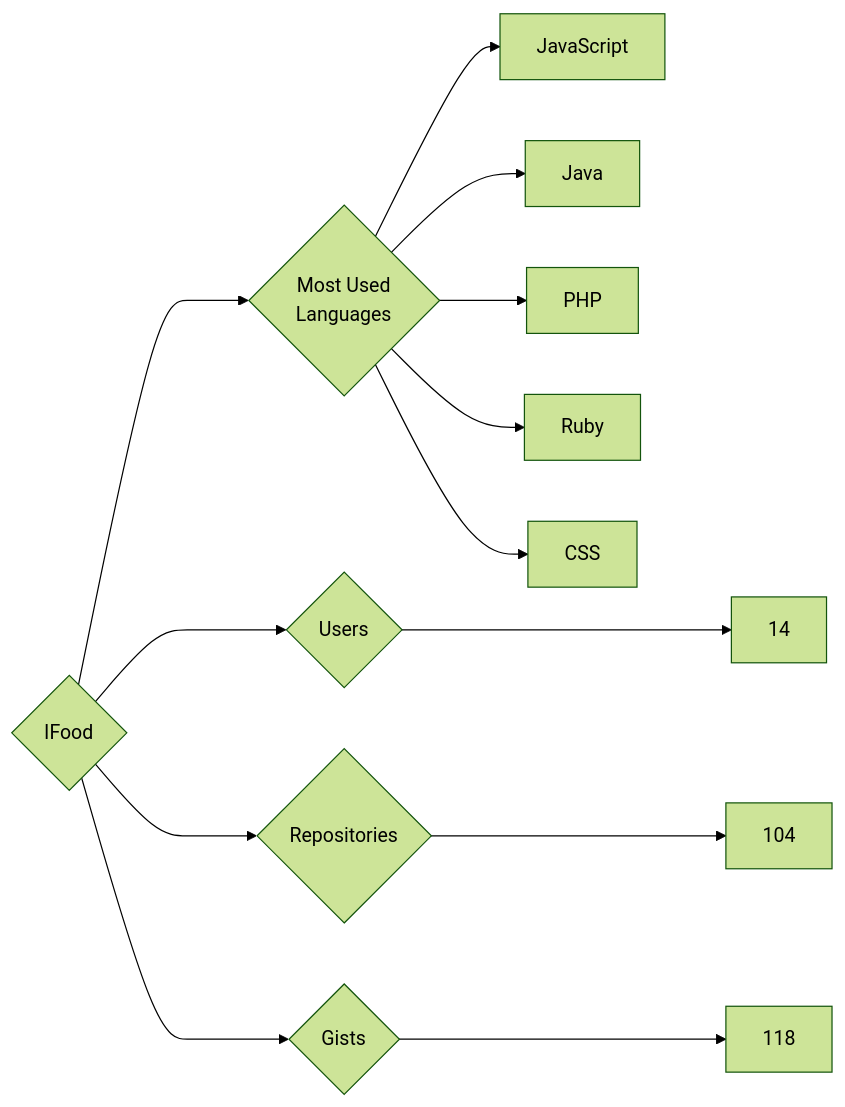
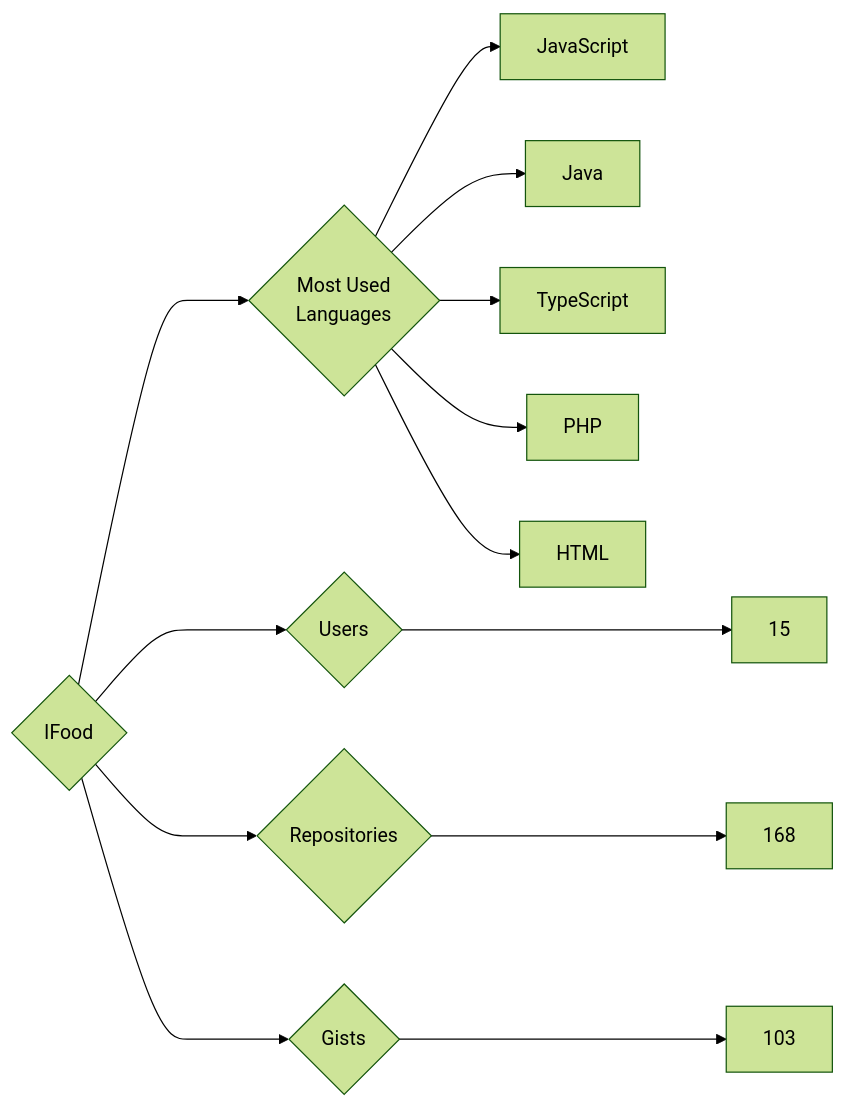
The diagram in targets/IFood/README.md (trickest/insiders), drawn with Mermaid (forest theme) before and after one commit. The commit also changed 1088 other files, not shown here.

````diff
--- a/targets/IFood/README.md
+++ b/targets/IFood/README.md
@@ -3,13 +3,13 @@
 ```mermaid
 graph LR
 COMPANY_NAME{IFood}
-COMPANY_NAME ---> U{Users} ---> UN[14]
-COMPANY_NAME ---> R{Repositories} ---> RN[104]
-COMPANY_NAME ---> G{Gists} ---> GN[118]
+COMPANY_NAME ---> U{Users} ---> UN[15]
+COMPANY_NAME ---> R{Repositories} ---> RN[168]
+COMPANY_NAME ---> G{Gists} ---> GN[103]
 COMPANY_NAME ---> ML{Most Used<br>Languages}
 ML --> JavaScript[JavaScript]
 ML --> Java[Java]
+ML --> TypeScript[TypeScript]
 ML --> PHP[PHP]
-ML --> Ruby[Ruby]
-ML --> CSS[CSS]
+ML --> HTML[HTML]
 ```
````
